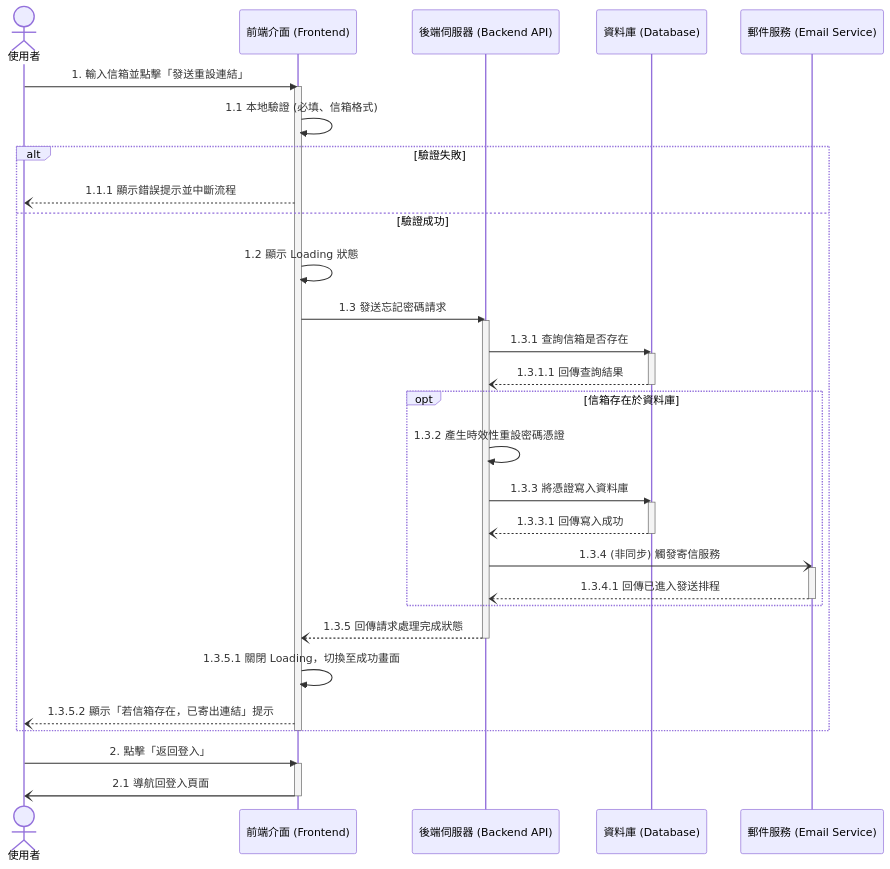
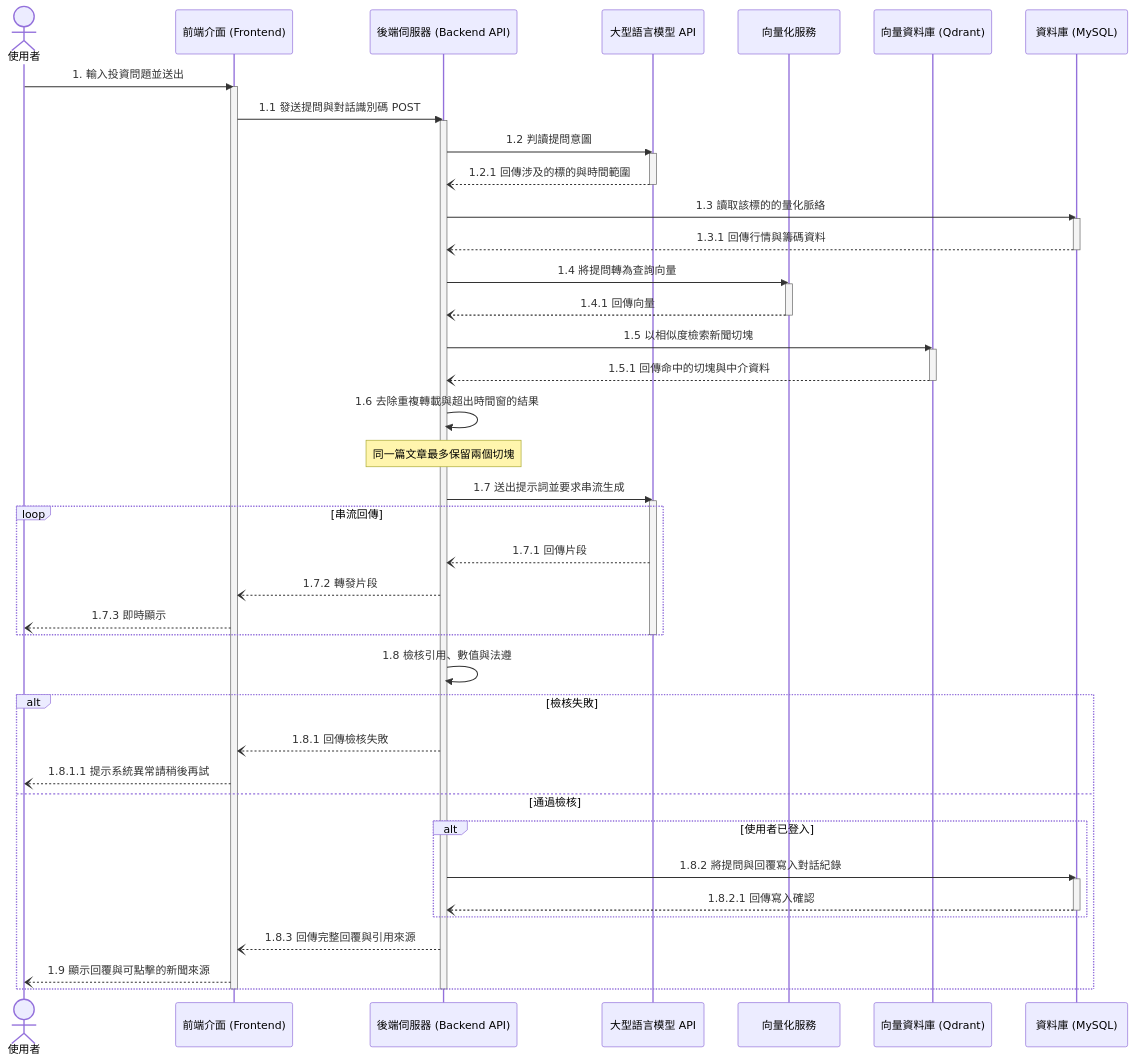
Before and after one commit to weeei001/115409: the third of 6 diagrams in docs/圖檔/Sequential Diagram/Sequential diagram.md, drawn with Mermaid. The commit also changed other lines of this file and 28 other files, not shown here.

````diff
--- a/docs/圖檔/Sequential Diagram/Sequential diagram.md
+++ b/docs/圖檔/Sequential Diagram/Sequential diagram.md
@@ -154,53 +135,64 @@
 ```mermaid
 sequenceDiagram
     actor User as 使用者
     participant FE as 前端介面 (Frontend)
     participant API as 後端伺服器 (Backend API)
-    participant DB as 資料庫 (Database)
-    participant Email as 郵件服務 (Email Service)
+    participant LLM as 大型語言模型 API
+    participant Embed as 向量化服務
+    participant VDB as 向量資料庫 (Qdrant)
+    participant DB as 資料庫 (MySQL)
 
-    User->>FE: 1. 輸入信箱並點擊「發送重設連結」
+    User->>FE: 1. 輸入投資問題並送出
     activate FE
-    FE->>FE: 1.1 本地驗證 (必填、信箱格式)
-    
-    alt 驗證失敗
-        %% 回應錯誤並中斷
-        FE--)User: 1.1.1 顯示錯誤提示並中斷流程
-    else 驗證成功
-        FE->>FE: 1.2 顯示 Loading 狀態
-        FE->>API: 1.3 發送忘記密碼請求
-        activate API
-        
-        API->>DB: 1.3.1 查詢信箱是否存在
-        activate DB
-        DB--)API: 1.3.1.1 回傳查詢結果
-        deactivate DB
-        
-        %% 💡 修正這裡：改用 opt (Optional) 取代沒有 else 的 alt
-        opt 信箱存在於資料庫
-            API->>API: 1.3.2 產生時效性重設密碼憑證
-            API->>DB: 1.3.3 將憑證寫入資料庫
+    FE->>API: 1.1 發送提問與對話識別碼 POST
+    activate API
+
+    API->>LLM: 1.2 判讀提問意圖
+    activate LLM
+    LLM--)API: 1.2.1 回傳涉及的標的與時間範圍
+    deactivate LLM
+
+    API->>DB: 1.3 讀取該標的的量化脈絡
+    activate DB
+    DB--)API: 1.3.1 回傳行情與籌碼資料
+    deactivate DB
+
+    API->>Embed: 1.4 將提問轉為查詢向量
+    activate Embed
+    Embed--)API: 1.4.1 回傳向量
+    deactivate Embed
+
+    API->>VDB: 1.5 以相似度檢索新聞切塊
+    activate VDB
+    VDB--)API: 1.5.1 回傳命中的切塊與中介資料
+    deactivate VDB
+
+    API->>API: 1.6 去除重複轉載與超出時間窗的結果
+    Note over API: 同一篇文章最多保留兩個切塊
+
+    API->>LLM: 1.7 送出提示詞並要求串流生成
+    activate LLM
+    loop 串流回傳
+        LLM--)API: 1.7.1 回傳片段
+        API--)FE: 1.7.2 轉發片段
+        FE--)User: 1.7.3 即時顯示
+    end
+    deactivate LLM
+
+    API->>API: 1.8 檢核引用、數值與法遵
+    alt 檢核失敗
+        API--)FE: 1.8.1 回傳檢核失敗
+        FE--)User: 1.8.1.1 提示系統異常請稍後再試
+    else 通過檢核
+        alt 使用者已登入
+            API->>DB: 1.8.2 將提問與回覆寫入對話紀錄
             activate DB
-            DB--)API: 1.3.3.1 回傳寫入成功
+            DB--)API: 1.8.2.1 回傳寫入確認
             deactivate DB
-            
-            API-)Email: 1.3.4 (非同步) 觸發寄信服務
-            activate Email
-            Email--)API: 1.3.4.1 回傳已進入發送排程
-            deactivate Email
         end
-        
-        %% 無論剛才 opt 有沒有跑，最後都會走到這裡
-        API--)FE: 1.3.5 回傳請求處理完成狀態
-        deactivate API
-        
-        FE->>FE: 1.3.5.1 關閉 Loading，切換至成功畫面
-        FE--)User: 1.3.5.2 顯示「若信箱存在，已寄出連結」提示
+        API--)FE: 1.8.3 回傳完整回覆與引用來源
+        FE--)User: 1.9 顯示回覆與可點擊的新聞來源
     end
-    deactivate FE
-
-    User->>FE: 2. 點擊「返回登入」
-    activate FE
-    FE-)User: 2.1 導航回登入頁面
+    deactivate API
     deactivate FE
 ```
````
